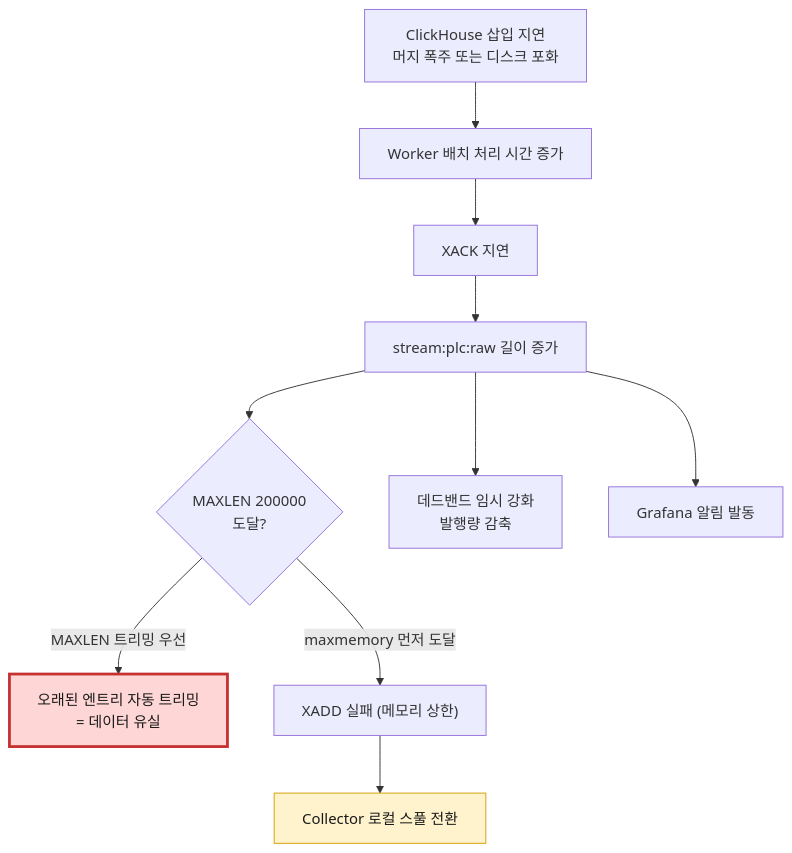
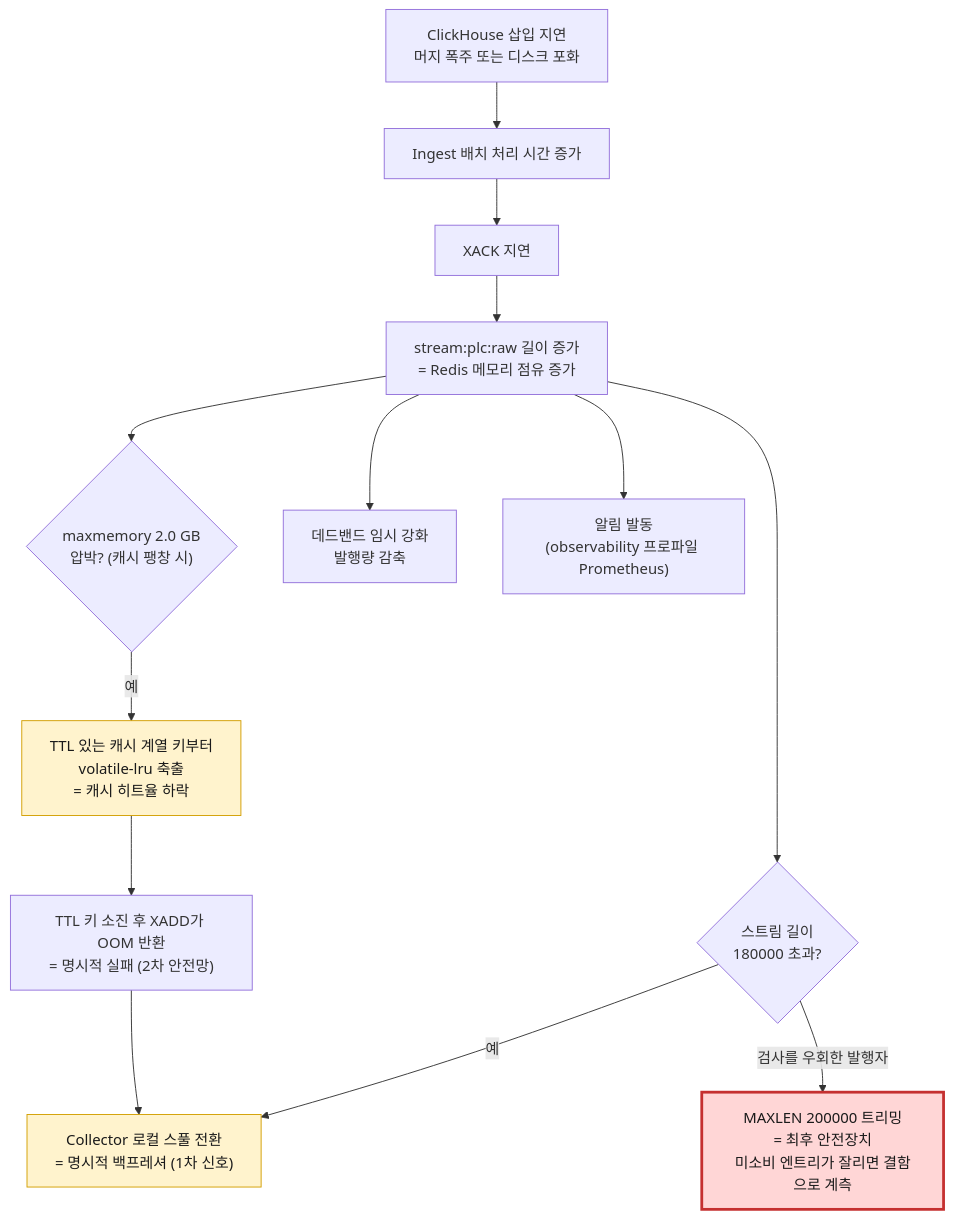
Before and after one commit to jaepil02/db_study: diagram 15 of 19 in data_flow.md, drawn with Mermaid. The commit also changed other lines of this file and 3 other files, not shown here.

````diff
--- a/data_flow.md
+++ b/data_flow.md
@@ -780,23 +818,27 @@
 ```mermaid
 flowchart TB
     SLOW["ClickHouse 삽입 지연<br/>머지 폭주 또는 디스크 포화"]
-    W1["Worker 배치 처리 시간 증가"]
+    W1["Ingest 배치 처리 시간 증가"]
     W2["XACK 지연"]
-    S1["stream:plc:raw 길이 증가"]
-    S2{"MAXLEN 200000<br/>도달?"}
-    D1["오래된 엔트리 자동 트리밍<br/>= 데이터 유실"]
-    D2["XADD 실패 (메모리 상한)"]
-    C1["Collector 로컬 스풀 전환"]
+    S1["stream:plc:raw 길이 증가<br/>= Redis 메모리 점유 증가"]
+    S2{"스트림 길이<br/>180000 초과?"}
+    C1["Collector 로컬 스풀 전환<br/>= 명시적 백프레셔 (1차 신호)"]
+    D1["MAXLEN 200000 트리밍<br/>= 최후 안전장치<br/>미소비 엔트리가 잘리면 결함으로 계측"]
+    S3{"maxmemory 2.0 GB<br/>압박? (캐시 팽창 시)"}
+    E1["TTL 있는 캐시 계열 키부터<br/>volatile-lru 축출<br/>= 캐시 히트율 하락"]
+    D2["TTL 키 소진 후 XADD가 OOM 반환<br/>= 명시적 실패 (2차 안전망)"]
     C2["데드밴드 임시 강화<br/>발행량 감축"]
-    ALERT["Grafana 알림 발동"]
+    ALERT["알림 발동<br/>(observability 프로파일 Prometheus)"]
 
     SLOW --> W1 --> W2 --> S1 --> S2
-    S2 -->|"MAXLEN 트리밍 우선"| D1
-    S2 -->|"maxmemory 먼저 도달"| D2
-    D2 --> C1
+    S2 -->|"예"| C1
+    S2 -->|"검사를 우회한 발행자"| D1
+    S1 --> S3
+    S3 -->|"예"| E1 --> D2 --> C1
     S1 --> C2
     S1 --> ALERT
 
     style D1 fill:#ffd6d6,stroke:#c53030,stroke-width:3px,color:#1a1a1a
+    style E1 fill:#fff3cd,stroke:#d39e00,color:#1a1a1a
     style C1 fill:#fff3cd,stroke:#d39e00,color:#1a1a1a
 ```
````
